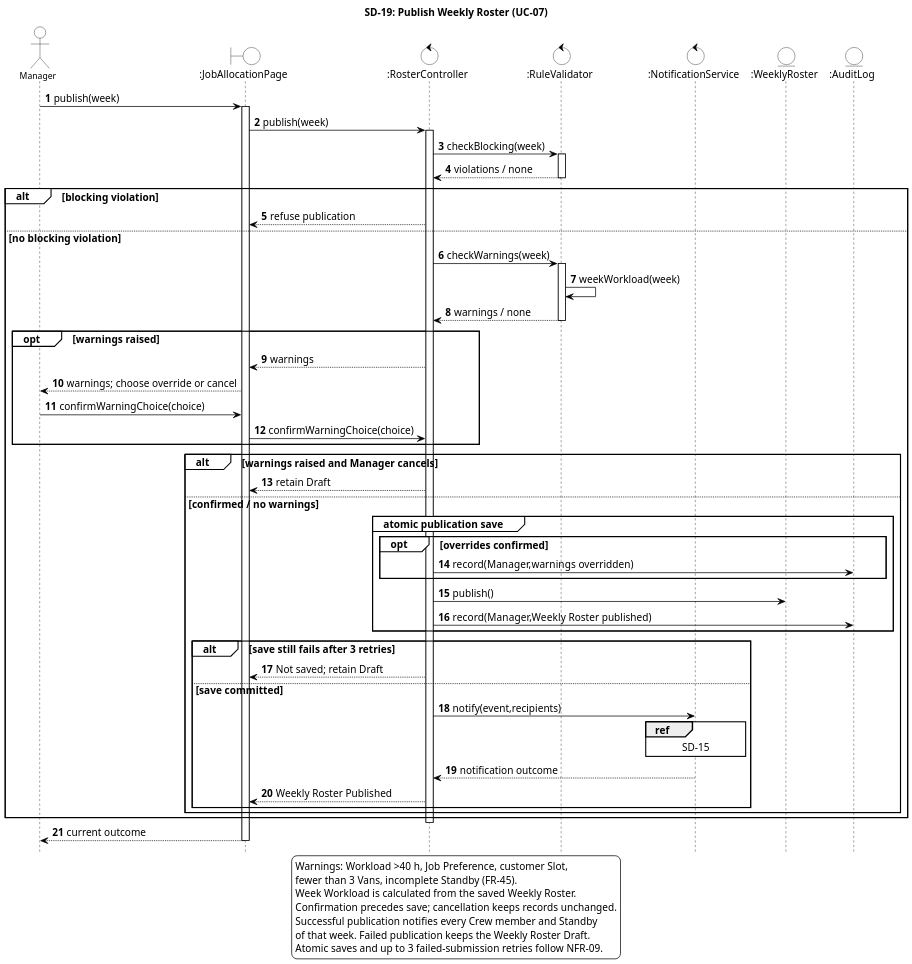
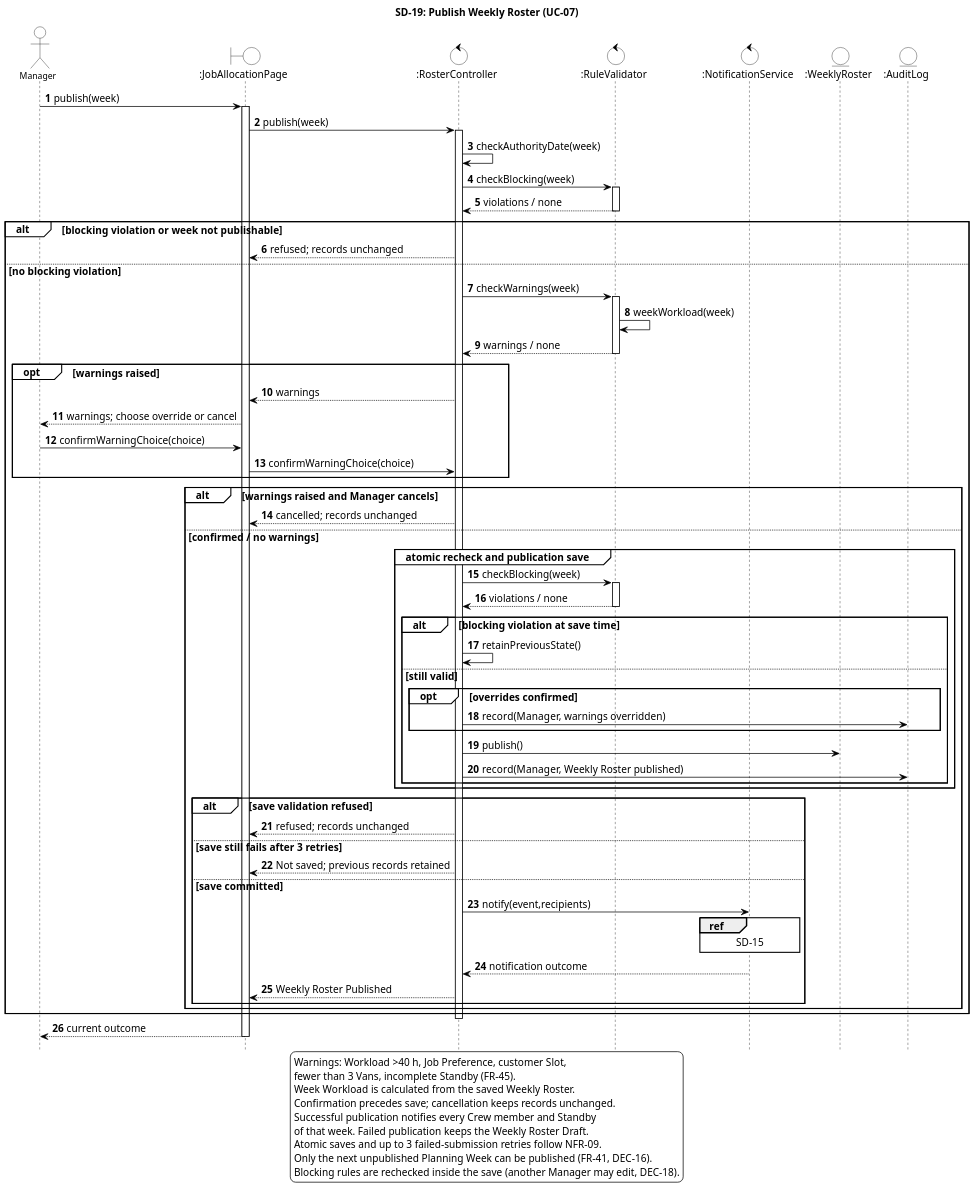
The diagram in diagrams/SD-19-publish-weekly-roster.puml (ZadeNova/inf2001-SE), drawn with PlantUML before and after one commit. The commit also changed 4 other files, not shown here.

```diff
--- a/diagrams/SD-19-publish-weekly-roster.puml
+++ b/diagrams/SD-19-publish-weekly-roster.puml
@@ -1,94 +1,107 @@
 @startuml SD-19-publish-weekly-roster
 skinparam backgroundColor white
 skinparam shadowing false
 skinparam defaultFontName Arial
 skinparam defaultFontSize 14
 skinparam ArrowColor black
 skinparam ParticipantBackgroundColor white
 skinparam ParticipantBorderColor black
 skinparam ActorBackgroundColor white
 skinparam ActorBorderColor black
 skinparam BoundaryBackgroundColor white
 skinparam BoundaryBorderColor black
 skinparam ControlBackgroundColor white
 skinparam ControlBorderColor black
 skinparam EntityBackgroundColor white
 skinparam EntityBorderColor black
 skinparam SequenceLifeLineBorderColor black
 skinparam SequenceGroupBorderColor black
 skinparam SequenceGroupBackgroundColor white
 skinparam SequenceReferenceBackgroundColor white
 skinparam SequenceReferenceBorderColor black
 skinparam NoteBackgroundColor white
 skinparam NoteBorderColor black
 skinparam dpi 150
 hide footbox
 skinparam maxMessageSize 420
 skinparam wrapWidth 420
 skinparam sequenceParticipantFontSize 12
 skinparam sequenceActorFontSize 12
 autonumber
 title SD-19: Publish Weekly Roster (UC-07)
 ' Traces: UC-07; FR-44, FR-45, FR-49, FR-53, FR-55, FR-64, FR-66, FR-71, NFR-09
 ' Sources: DEC-16, DEC-19, DEC-32, DEC-43; DEC-55, DEC-56; DEC-57; sequence-diagram-review.md.
 ' Round-2 source: DEC-58; sequence-diagram-review-round-2.md.
 ' Round-3 source: DEC-68; sequence-diagram-review-round-3.md.
+' Consistency fix 2026-10-07: week check as in SD-17/18 (FR-41, DEC-16); recheck inside the atomic save (DEC-18, as SD-20);
+' outcome wording aligned with SD-17 and SD-18.
 actor Manager
 boundary ":JobAllocationPage" as Page
 control ":RosterController" as RC
 control ":RuleValidator" as RV
 control ":NotificationService" as NS
 entity ":WeeklyRoster" as WR
 entity ":AuditLog" as AL
 
 Manager -> Page : publish(week)
 activate Page
 Page -> RC ++ : publish(week)
+RC -> RC : checkAuthorityDate(week)
 RC -> RV ++ : checkBlocking(week)
 RV --> RC -- : violations / none
-alt blocking violation
-  RC --> Page : refuse publication
+alt blocking violation or week not publishable
+  RC --> Page : refused; records unchanged
 else no blocking violation
   RC -> RV ++ : checkWarnings(week)
   RV -> RV : weekWorkload(week)
   RV --> RC -- : warnings / none
   opt warnings raised
     RC --> Page : warnings
     Page --> Manager : warnings; choose override or cancel
     Manager -> Page : confirmWarningChoice(choice)
     Page -> RC : confirmWarningChoice(choice)
   end
   alt warnings raised and Manager cancels
-    RC --> Page : retain Draft
+    RC --> Page : cancelled; records unchanged
   else confirmed / no warnings
-    group atomic publication save
-      opt overrides confirmed
-        RC -> AL : record(Manager,warnings overridden)
+    group atomic recheck and publication save
+      RC -> RV ++ : checkBlocking(week)
+      RV --> RC -- : violations / none
+      alt blocking violation at save time
+        RC -> RC : retainPreviousState()
+      else still valid
+        opt overrides confirmed
+          RC -> AL : record(Manager, warnings overridden)
+        end
+        RC -> WR : publish()
+        RC -> AL : record(Manager, Weekly Roster published)
       end
-      RC -> WR : publish()
-      RC -> AL : record(Manager,Weekly Roster published)
     end
-    alt save still fails after 3 retries
-      RC --> Page : Not saved; retain Draft
+    alt save validation refused
+      RC --> Page : refused; records unchanged
+    else save still fails after 3 retries
+      RC --> Page : Not saved; previous records retained
     else save committed
   ' Notification payload: Weekly Roster published, assigned and Standby Staff
       RC -> NS : notify(event,recipients)
       ref over NS : SD-15
       NS --> RC : notification outcome
       RC --> Page : Weekly Roster Published
     end
   end
 end
 deactivate RC
 Page --> Manager : current outcome
 deactivate Page
 legend bottom
 Warnings: Workload >40 h, Job Preference, customer Slot,
 fewer than 3 Vans, incomplete Standby (FR-45).
 Week Workload is calculated from the saved Weekly Roster.
 Confirmation precedes save; cancellation keeps records unchanged.
 Successful publication notifies every Crew member and Standby
 of that week. Failed publication keeps the Weekly Roster Draft.
 Atomic saves and up to 3 failed-submission retries follow NFR-09.
+Only the next unpublished Planning Week can be published (FR-41, DEC-16).
+Blocking rules are rechecked inside the save (another Manager may edit, DEC-18).
 endlegend
 @enduml
```
